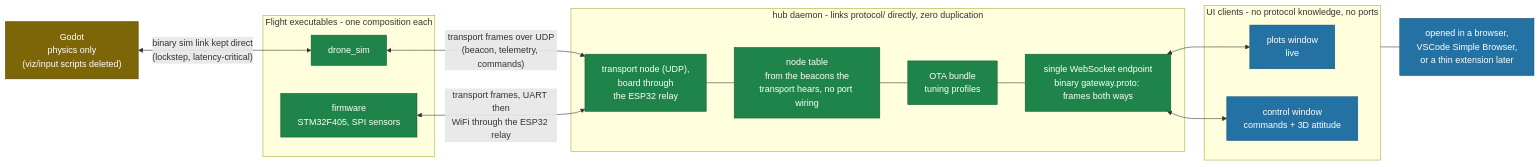
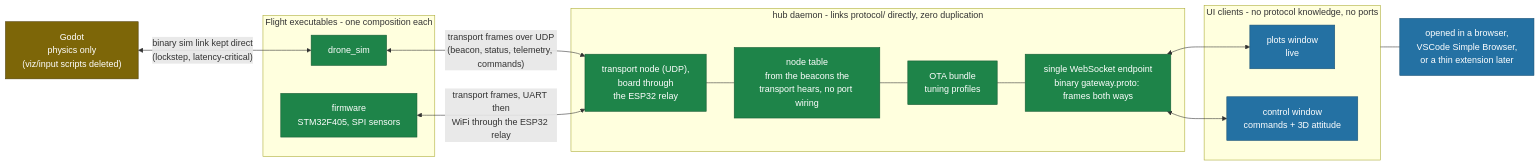
The diagram in docs/tooling-architecture.md (Keyrim/drone-mark4), drawn with Mermaid before and after one commit. The commit also changed 5 other files, not shown here.

First line of the commit message:
docs: Status versus telemetry across the architecture documents

````diff
--- a/docs/tooling-architecture.md
+++ b/docs/tooling-architecture.md
@@ -28,38 +28,38 @@
 ```mermaid
 flowchart LR
     subgraph flight["Flight executables - one composition each"]
         FW["firmware<br/>STM32F405, SPI sensors"]
         DS["drone_sim"]
     end
 
     GODOT["Godot<br/>physics only<br/>(viz/input scripts deleted)"]
 
     subgraph hub["hub daemon - links protocol/ directly, zero duplication"]
         TR["transport node (UDP),<br/>board through<br/>the ESP32 relay"]
         DISC["node table<br/>from the beacons the<br/>transport hears, no port wiring"]
         SVC["OTA bundle<br/>tuning profiles"]
         WS["single WebSocket endpoint<br/>binary gateway.proto: frames both ways"]
         TR --- DISC --- SVC --- WS
     end
 
     subgraph ui["UI clients - no protocol knowledge, no ports"]
         P1["plots window<br/>live"]
         P2["control window<br/>commands + 3D attitude"]
     end
 
     BROWSER["opened in a browser,<br/>VSCode Simple Browser,<br/>or a thin extension later"]
 
     GODOT <-->|"binary sim link kept direct<br/>(lockstep, latency-critical)"| DS
-    DS <-->|"transport frames over UDP<br/>(beacon, telemetry, commands)"| TR
+    DS <-->|"transport frames over UDP<br/>(beacon, status, telemetry, commands)"| TR
     FW <-->|"transport frames, UART then<br/>WiFi through the ESP32 relay"| TR
     WS <--> P1
     WS <--> P2
     ui --- BROWSER
 
     classDef checked fill:#1e8449,color:#fff,stroke:#145a32
     classDef thin fill:#2471a3,color:#fff,stroke:#1a5276
     classDef neutral fill:#7d6608,color:#fff,stroke:#4d3c04
     class FW,DS,TR,DISC,SVC,WS checked
     class P1,P2,BROWSER thin
     class GODOT neutral
 ```
````
